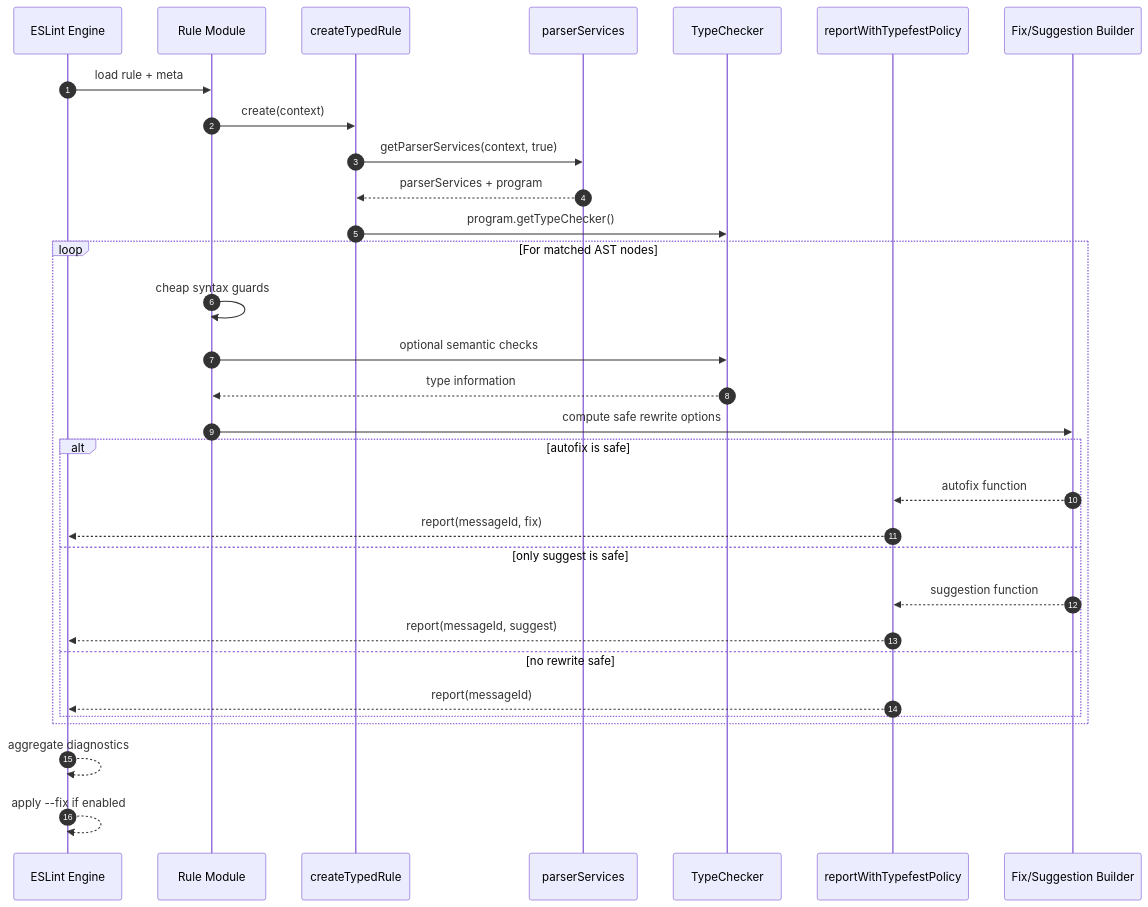
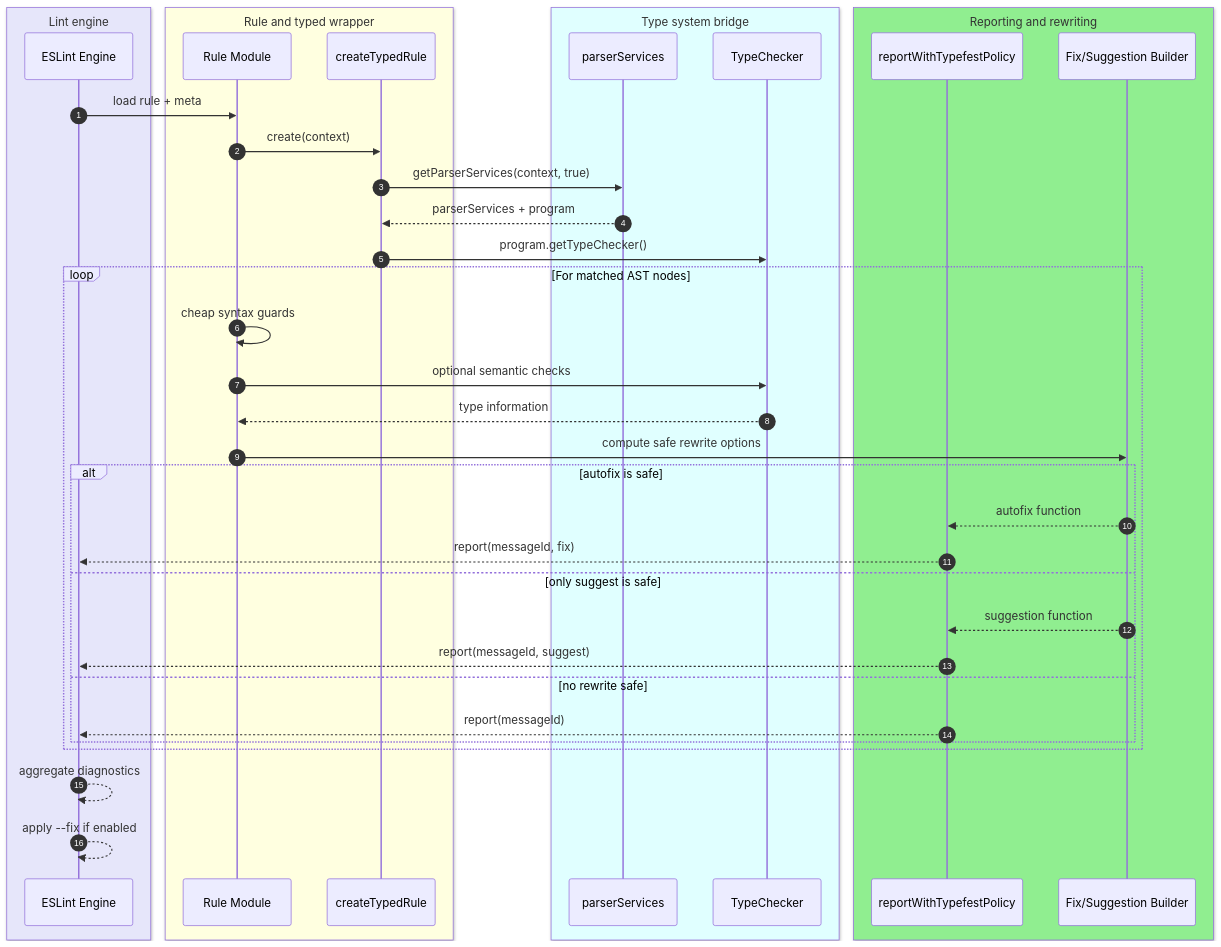
Before and after one commit to Nick2bad4u/eslint-plugin-typefest: the diagram in docs/docusaurus/site-docs/developer/charts/rule-lifecycle-and-autofix-flow.md, drawn with Mermaid. The commit also changed other lines of this file and 11 other files, not shown here.

First line of the commit message:
📝 [docs] Update developer documentation and charts

````diff
--- a/docs/docusaurus/site-docs/developer/charts/rule-lifecycle-and-autofix-flow.md
+++ b/docs/docusaurus/site-docs/developer/charts/rule-lifecycle-and-autofix-flow.md
@@ -11,36 +11,44 @@
 ```mermaid
 sequenceDiagram
     autonumber
+    box Lavender Lint engine
     participant ESLint as ESLint Engine
+    end
+    box LightYellow Rule and typed wrapper
     participant Rule as Rule Module
     participant Typed as createTypedRule
+    end
+    box LightCyan Type system bridge
     participant Parser as parserServices
     participant TS as TypeChecker
+    end
+    box LightGreen Reporting and rewriting
     participant Report as reportWithTypefestPolicy
     participant Fix as Fix/Suggestion Builder
+    end
 
     ESLint->>Rule: load rule + meta
     Rule->>Typed: create(context)
     Typed->>Parser: getParserServices(context, true)
     Parser-->>Typed: parserServices + program
     Typed->>TS: program.getTypeChecker()
 
     loop For matched AST nodes
         Rule->>Rule: cheap syntax guards
         Rule->>TS: optional semantic checks
         TS-->>Rule: type information
         Rule->>Fix: compute safe rewrite options
         alt autofix is safe
             Fix-->>Report: autofix function
             Report-->>ESLint: report(messageId, fix)
         else only suggest is safe
             Fix-->>Report: suggestion function
             Report-->>ESLint: report(messageId, suggest)
         else no rewrite safe
             Report-->>ESLint: report(messageId)
         end
     end
 
     ESLint-->>ESLint: aggregate diagnostics
     ESLint-->>ESLint: apply --fix if enabled
 ```
````
